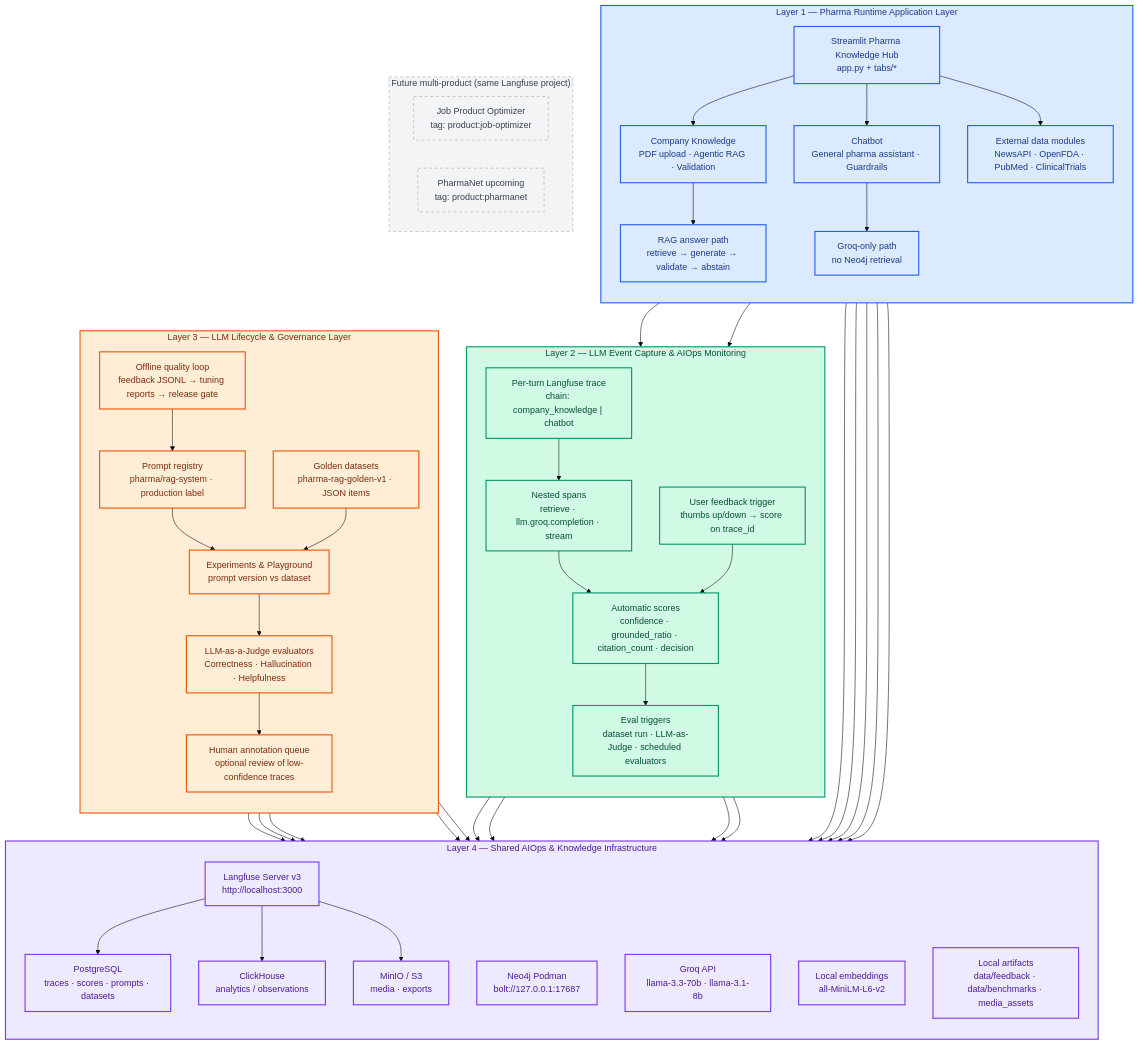
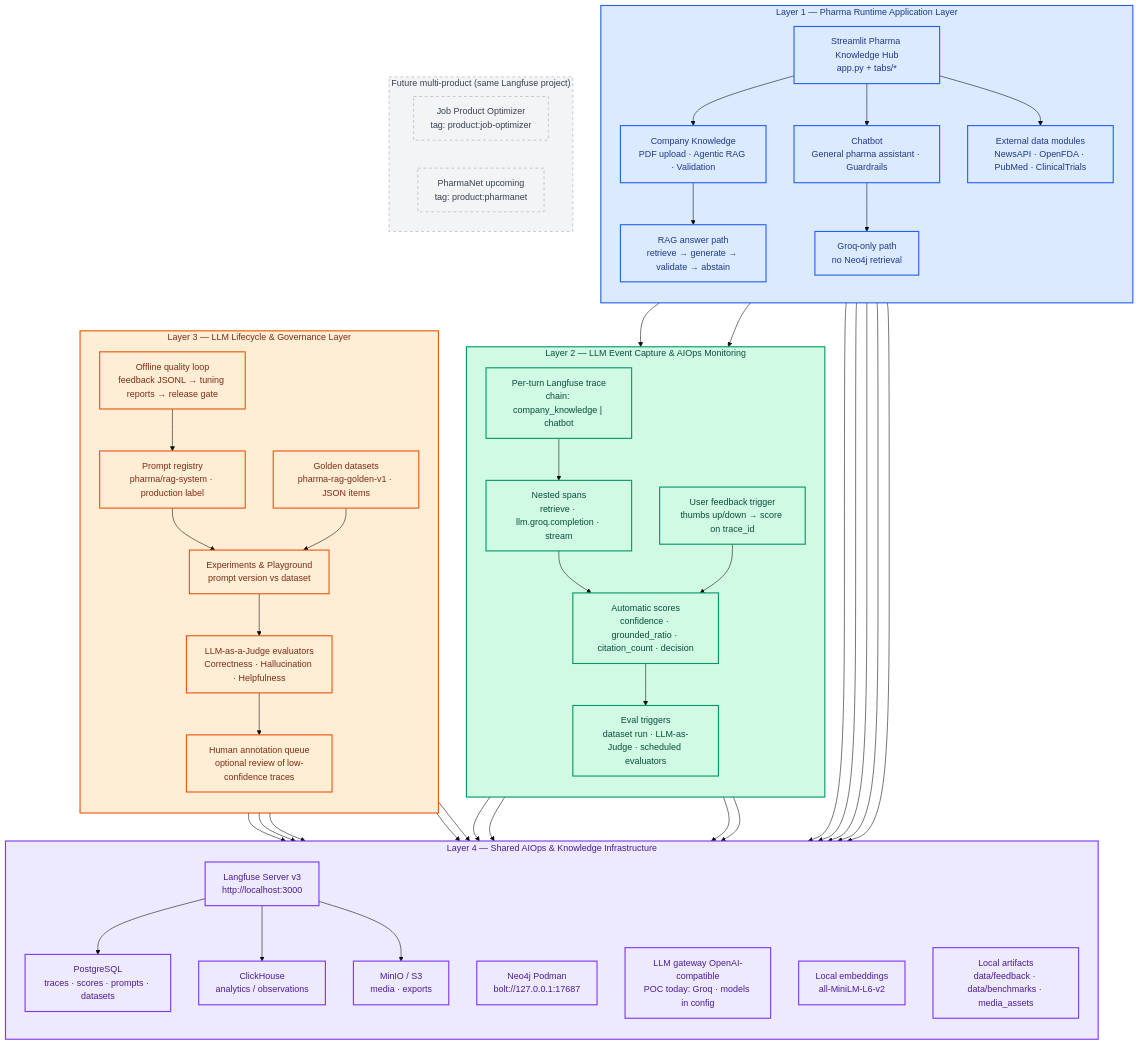
Before and after one commit to mdevaraju99/Langfuse-retention_openobserve_pharmahub: the third of 9 diagrams in docs/AIOPS_ARCHITECTURE.md, drawn with Mermaid (base theme). The commit also changed other lines of this file and 50 other files, not shown here.

First line of the commit message:
Add OpenObserve, Langfuse retention, and switch Groq to OpenGPT models.

````diff
--- a/docs/AIOPS_ARCHITECTURE.md
+++ b/docs/AIOPS_ARCHITECTURE.md
@@ -62,7 +187,7 @@
         LF_CH["ClickHouse<br/>analytics / observations"]
         LF_S3["MinIO / S3<br/>media · exports"]
         NEO["Neo4j Podman<br/>bolt://127.0.0.1:17687"]
-        GROQ["Groq API<br/>llama-3.3-70b · llama-3.1-8b"]
+        LLM_GW["LLM gateway OpenAI-compatible<br/>POC today: Groq · models in config"]
         EMB["Local embeddings<br/>all-MiniLM-L6-v2"]
         ART["Local artifacts<br/>data/feedback · data/benchmarks · media_assets"]
         LF --> LF_DB
@@ -79,9 +204,9 @@
     RAG --> TRACE
     LLM_ONLY --> TRACE
     RAG --> NEO
-    RAG --> GROQ
+    RAG --> LLM_GW
     RAG --> EMB
-    LLM_ONLY --> GROQ
+    LLM_ONLY --> LLM_GW
     TRACE --> LF
     SCORES --> LF
     FEED --> LF
@@ -89,13 +214,13 @@
     PROMPT --> LF
     DS --> LF
     EXP --> LF
-    JUDGE --> GROQ
+    JUDGE --> LLM_GW
     OFFLINE --> ART
     CK --> ART
 
     class L1,UI,CK,CB,EXT,RAG,LLM_ONLY layer1
     class L2,TRACE,SPANS,SCORES,FEED,EVAL_RUN layer2
     class L3,PROMPT,DS,EXP,JUDGE,HUMAN,OFFLINE layer3
-    class L4,LF,LF_DB,LF_CH,LF_S3,NEO,GROQ,EMB,ART layer4
+    class L4,LF,LF_DB,LF_CH,LF_S3,NEO,LLM_GW,EMB,ART layer4
     class FUT,JOB,PN future
 ```
````
